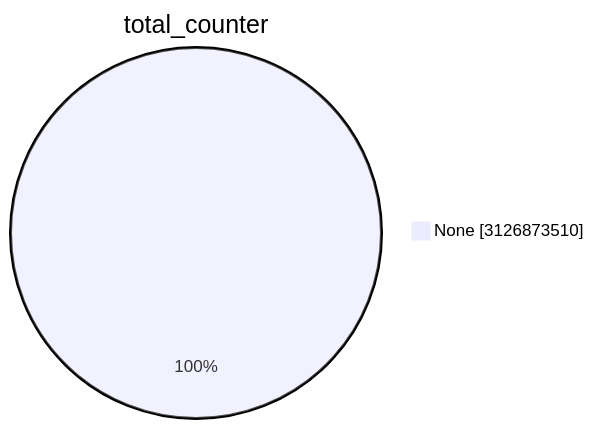
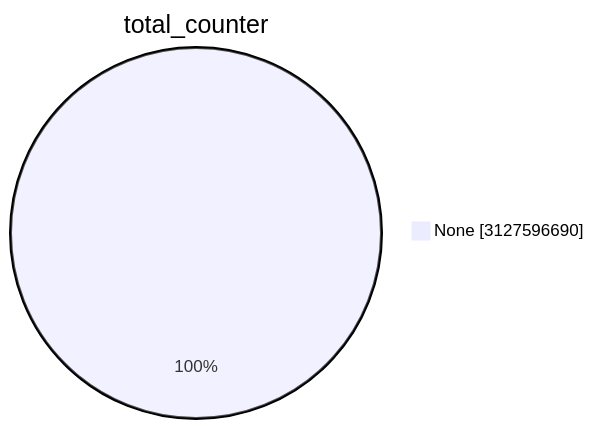
The first of 15 diagrams in TOTAL/README.md (christiankrug/ctmonitor_visualization), drawn with Mermaid before and after one commit. The commit also changed other lines of this file, not shown here.

````diff
--- a/TOTAL/README.md
+++ b/TOTAL/README.md
@@ -1,5 +1,5 @@
 ```mermaid
 pie showData
 title total_counter
-"None" :3126873510
+"None" :3127596690
 ```
````
